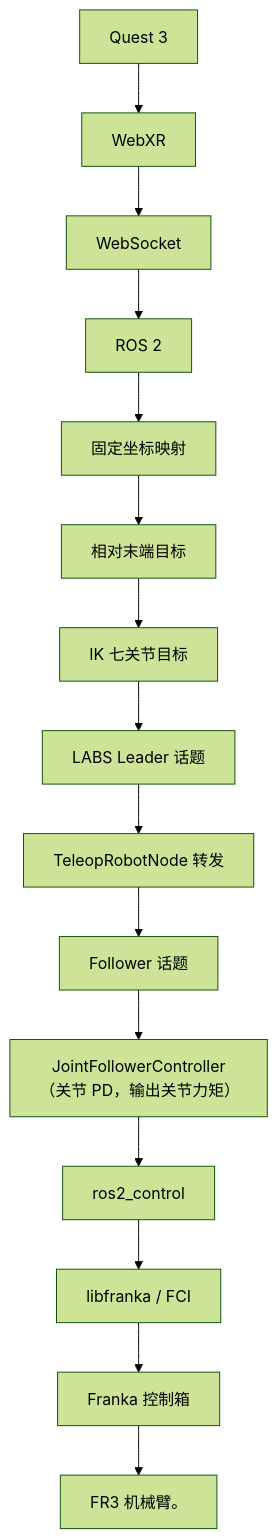
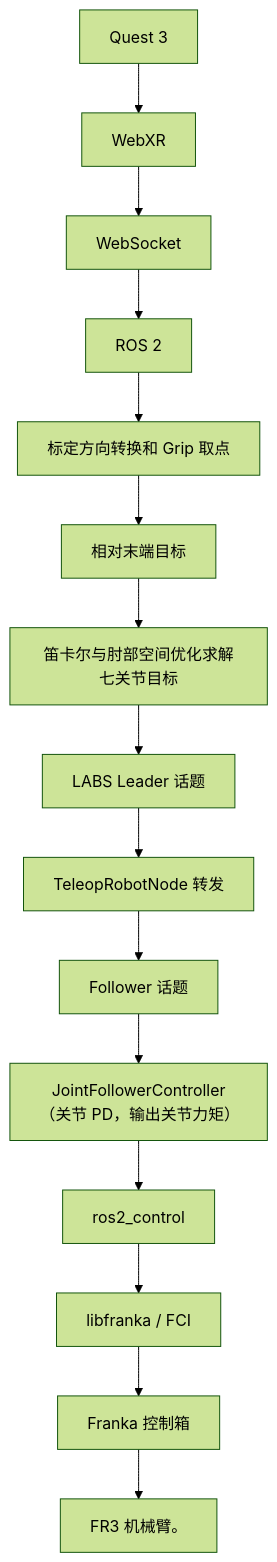
The sixth of 7 diagrams in Quest.md (YYxzz8866/Quest-Proposal), drawn with Mermaid (forest theme) before and after one commit. The commit also changed other lines of this file and 9 other files, not shown here.

````diff
--- a/Quest.md
+++ b/Quest.md
@@ -804,32 +804,32 @@
 ```mermaid
 flowchart TD
     N0["Quest 3"]
     N1["WebXR"]
     N2["WebSocket"]
     N3["ROS 2"]
-    N4["固定坐标映射"]
+    N4["标定方向转换和 Grip 取点"]
     N5["相对末端目标"]
-    N6["IK 七关节目标"]
+    N6["笛卡尔与肘部空间优化求解七关节目标"]
     N7["LABS Leader 话题"]
     N8["TeleopRobotNode 转发"]
     N9["Follower 话题"]
     N10["JointFollowerController（关节 PD，输出关节力矩）"]
     N11["ros2_control"]
     N12["libfranka / FCI"]
     N13["Franka 控制箱"]
     N14["FR3 机械臂。"]
     N0 --> N1
     N1 --> N2
     N2 --> N3
     N3 --> N4
     N4 --> N5
     N5 --> N6
     N6 --> N7
     N7 --> N8
     N8 --> N9
     N9 --> N10
     N10 --> N11
     N11 --> N12
     N12 --> N13
     N13 --> N14
 ```
````
